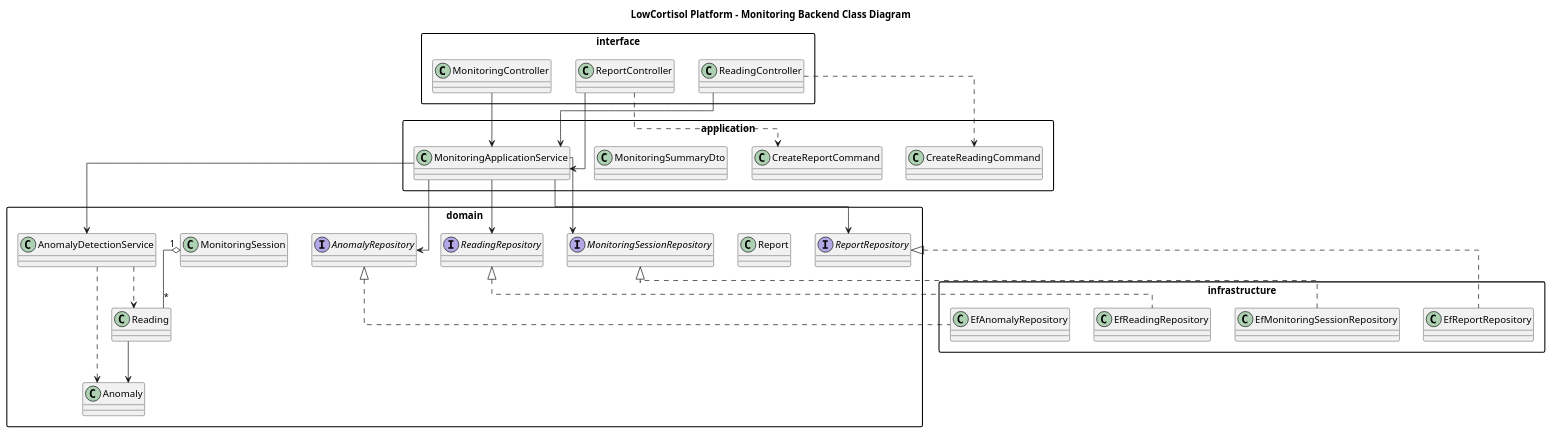
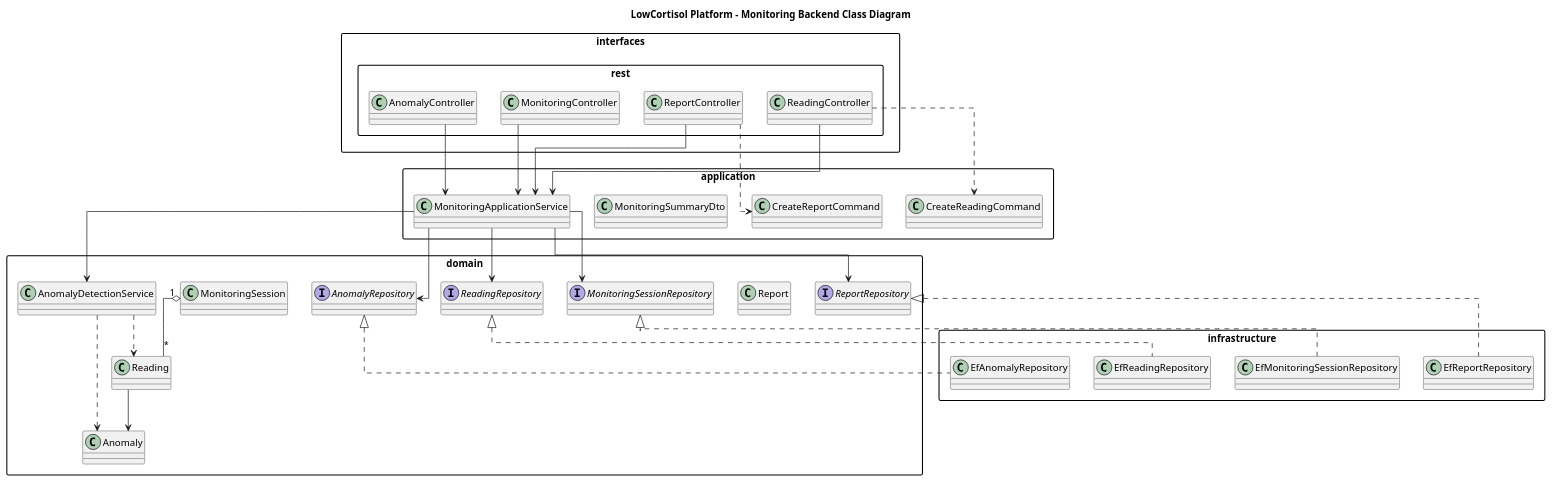
The diagram in assets/md-images-chapter4/ClassDiagram-Backend-Monitoring.puml (upc-pre-202610-1asi0730-12144-lcortisol/lowcortisol-report), drawn with PlantUML before and after one commit. The commit also changed 15 other files, not shown here.

Commit message:
Diagrams updated and modified TP1 by TB1 and TF1 by TB2

```diff
--- a/assets/md-images-chapter4/ClassDiagram-Backend-Monitoring.puml
+++ b/assets/md-images-chapter4/ClassDiagram-Backend-Monitoring.puml
@@ -1,66 +1,70 @@
 @startuml
 title LowCortisol Platform - Monitoring Backend Class Diagram
 
 skinparam packageStyle rectangle
 skinparam classAttributeIconSize 0
 skinparam shadowing false
 skinparam linetype ortho
 
 package "domain" {
   class MonitoringSession
   class Reading
   class Anomaly
   class Report
   class AnomalyDetectionService
 
   interface MonitoringSessionRepository
   interface ReadingRepository
   interface AnomalyRepository
   interface ReportRepository
 }
 
 package "application" {
   class CreateReadingCommand
   class CreateReportCommand
   class MonitoringSummaryDto
   class MonitoringApplicationService
 }
 
 package "infrastructure" {
   class EfMonitoringSessionRepository
   class EfReadingRepository
   class EfAnomalyRepository
   class EfReportRepository
 }
 
-package "interface" {
-  class MonitoringController
-  class ReadingController
-  class ReportController
+package "interfaces" {
+  package "rest" {
+    class MonitoringController
+    class ReadingController
+    class ReportController
+    class AnomalyController
+  }
 }
 
 MonitoringSession "1" o-- "*" Reading
 Reading --> Anomaly
 
 MonitoringApplicationService --> MonitoringSessionRepository
 MonitoringApplicationService --> ReadingRepository
 MonitoringApplicationService --> AnomalyRepository
 MonitoringApplicationService --> ReportRepository
 MonitoringApplicationService --> AnomalyDetectionService
 
 MonitoringSessionRepository <|.. EfMonitoringSessionRepository
 ReadingRepository <|.. EfReadingRepository
 AnomalyRepository <|.. EfAnomalyRepository
 ReportRepository <|.. EfReportRepository
 
 MonitoringController --> MonitoringApplicationService
 ReadingController --> MonitoringApplicationService
 ReportController --> MonitoringApplicationService
+AnomalyController --> MonitoringApplicationService
 
 ReadingController ..> CreateReadingCommand
 ReportController ..> CreateReportCommand
 
 AnomalyDetectionService ..> Reading
 AnomalyDetectionService ..> Anomaly
 
 @enduml
```
